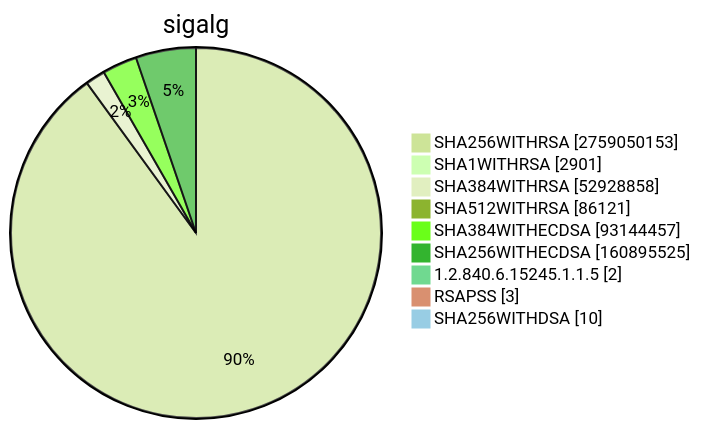
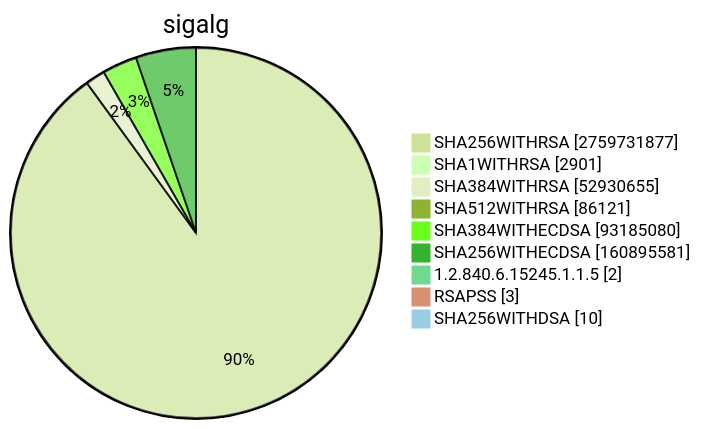
One commit to christiankrug/ctmonitor_visualization changed diagram 15 of 15 in TOTAL/README.md. Above: the diagram before and after it, drawn with Mermaid (forest theme). The commit also changed other lines of this file, not shown here.

````diff
--- a/TOTAL/README.md
+++ b/TOTAL/README.md
@@ -6207,13 +6207,13 @@
 ```mermaid
 pie showData
 title sigalg
-"SHA256WITHRSA" :2759050153
+"SHA256WITHRSA" :2759731877
 "SHA1WITHRSA" :2901
-"SHA384WITHRSA" :52928858
+"SHA384WITHRSA" :52930655
 "SHA512WITHRSA" :86121
-"SHA384WITHECDSA" :93144457
-"SHA256WITHECDSA" :160895525
+"SHA384WITHECDSA" :93185080
+"SHA256WITHECDSA" :160895581
 "1.2.840.6.15245.1.1.5" :2
 "RSAPSS" :3
 "SHA256WITHDSA" :10
 ```
````
